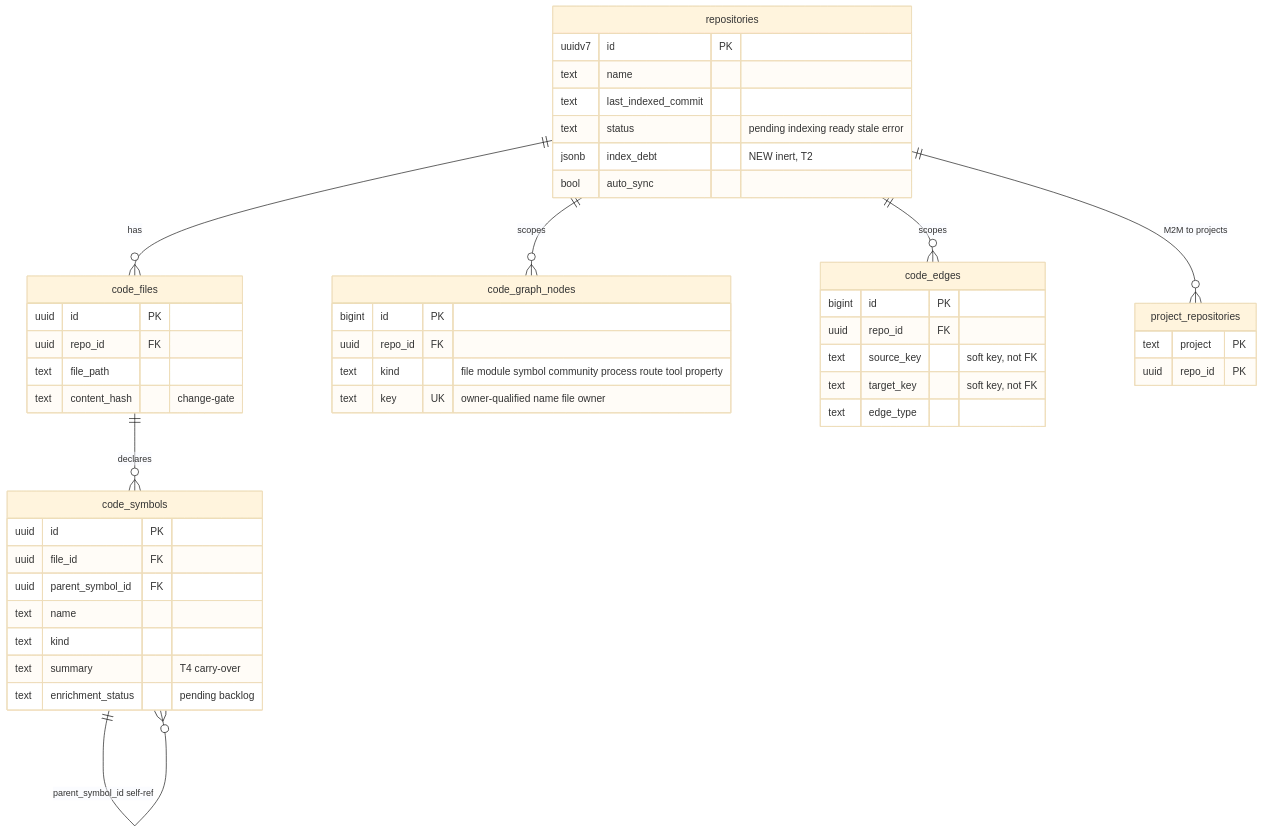
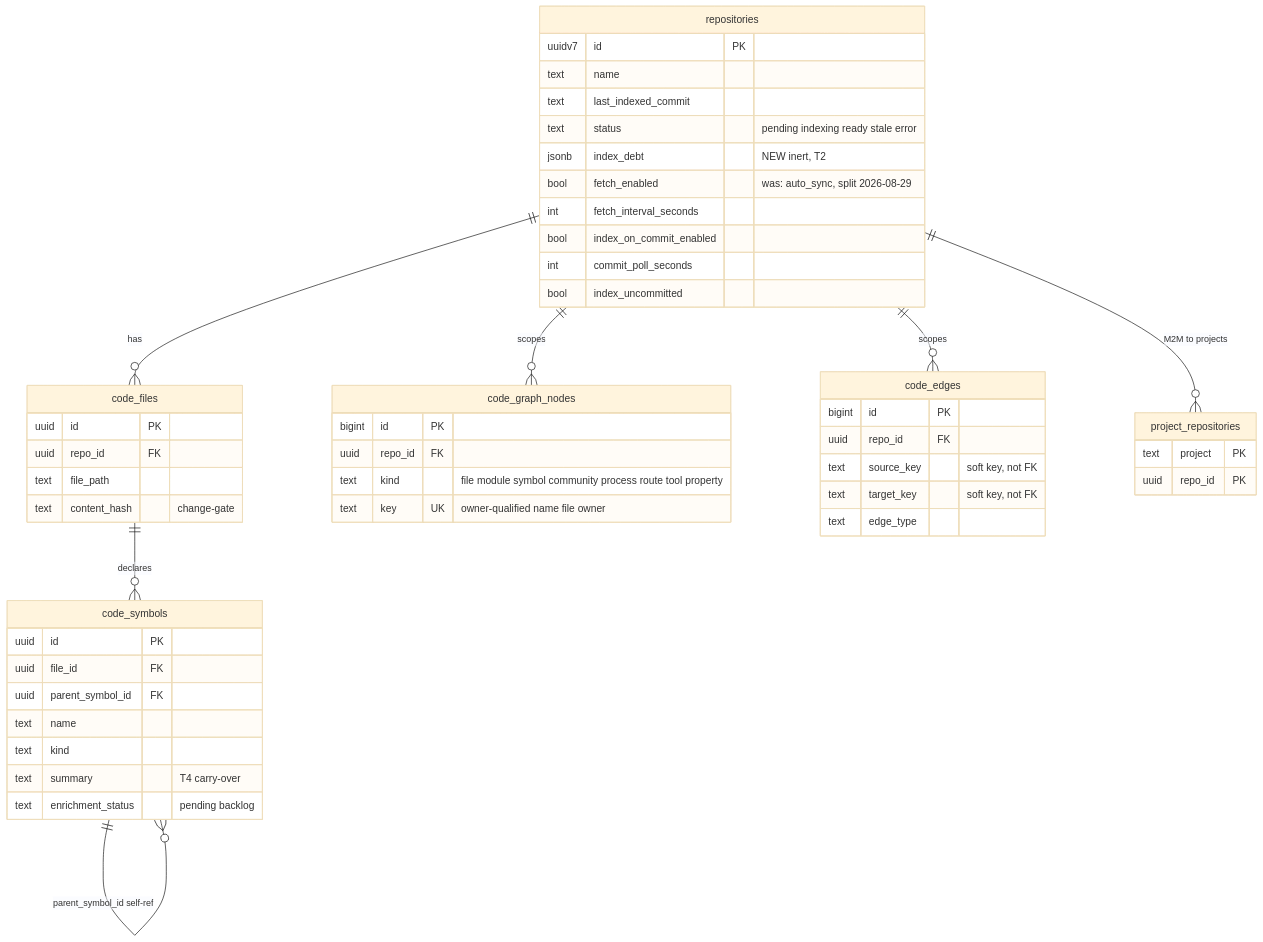
The fourth of 10 diagrams in docs/design/10-code-indexing.md (darkraise/darkmem), drawn with Mermaid (base theme) before and after one commit. The commit also changed other lines of this file and 4 other files, not shown here.

````diff
--- a/docs/design/10-code-indexing.md
+++ b/docs/design/10-code-indexing.md
@@ -129,49 +131,53 @@
 ```mermaid
 erDiagram
     repositories ||--o{ code_files : has
     code_files ||--o{ code_symbols : declares
     code_symbols ||--o{ code_symbols : "parent_symbol_id self-ref"
     repositories ||--o{ code_graph_nodes : scopes
     repositories ||--o{ code_edges : scopes
     repositories ||--o{ project_repositories : "M2M to projects"
     repositories {
         uuidv7 id PK
         text name
         text last_indexed_commit
         text status "pending indexing ready stale error"
         jsonb index_debt "NEW inert, T2"
-        bool auto_sync
+        bool fetch_enabled "was: auto_sync, split 2026-08-29"
+        int fetch_interval_seconds
+        bool index_on_commit_enabled
+        int commit_poll_seconds
+        bool index_uncommitted
     }
     code_files {
         uuid id PK
         uuid repo_id FK
         text file_path
         text content_hash "change-gate"
     }
     code_symbols {
         uuid id PK
         uuid file_id FK
         uuid parent_symbol_id FK
         text name
         text kind
         text summary "T4 carry-over"
         text enrichment_status "pending backlog"
     }
     code_graph_nodes {
         bigint id PK
         uuid repo_id FK
         text kind "file module symbol community process route tool property"
         text key UK "owner-qualified name file owner"
     }
     code_edges {
         bigint id PK
         uuid repo_id FK
         text source_key "soft key, not FK"
         text target_key "soft key, not FK"
         text edge_type
     }
     project_repositories {
         text project PK
         uuid repo_id PK
     }
 ```
````
